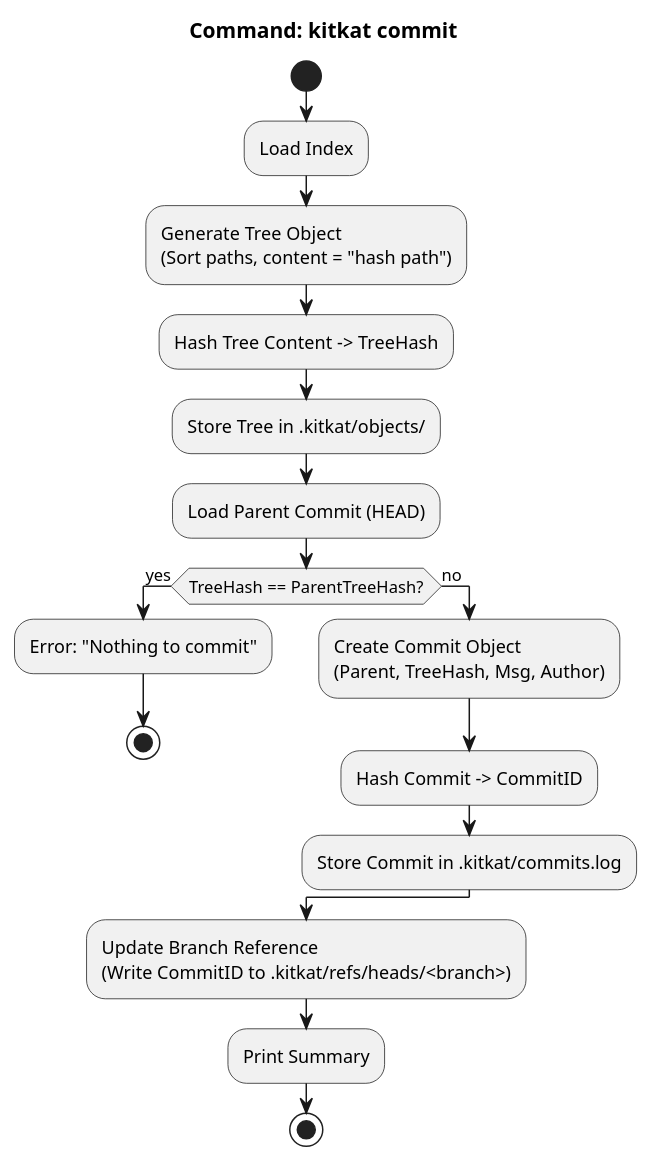
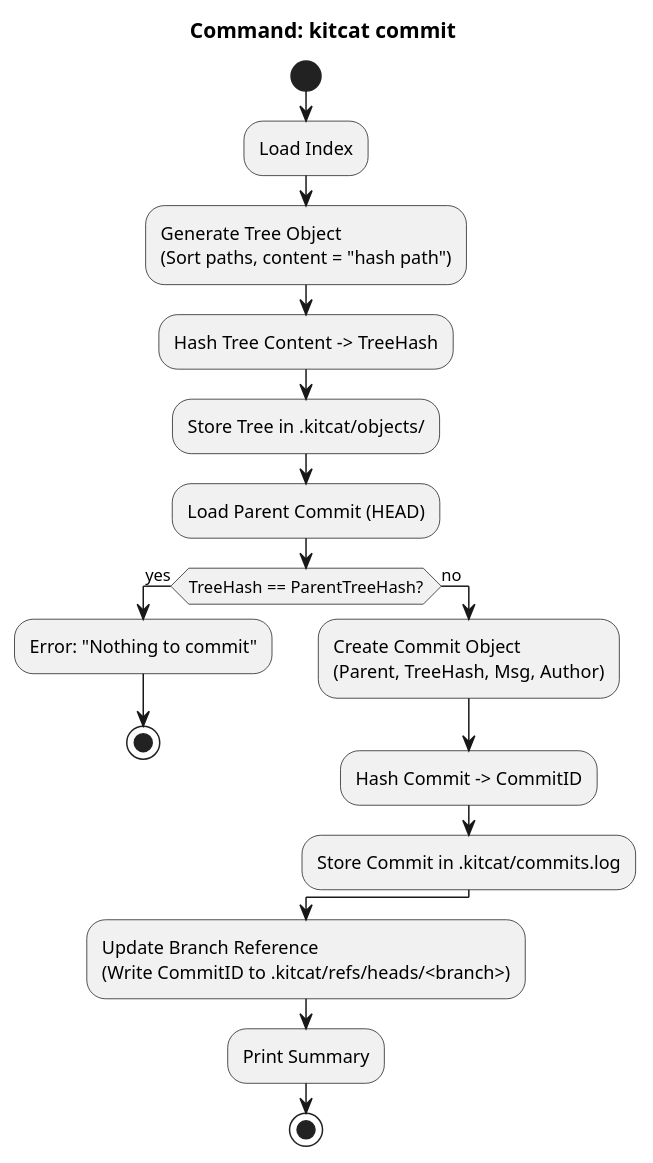
Before and after one commit to LeeFred3042U/kitkat: the third of 3 diagrams in diagram.puml, drawn with PlantUML. The commit also changed other lines of this file and 47 other files, not shown here.

Commit message:
chore: change kitkat to kitcat (#147)

```diff
--- a/diagram.puml
+++ b/diagram.puml
@@ -93,25 +93,25 @@
 @startuml flow-commit
-title Command: kitkat commit
+title Command: kitcat commit
 start
 :Load Index;
 :Generate Tree Object
 (Sort paths, content = "hash path");
 :Hash Tree Content -> TreeHash;
-:Store Tree in .kitkat/objects/;
+:Store Tree in .kitcat/objects/;
 
 :Load Parent Commit (HEAD);
 if (TreeHash == ParentTreeHash?) then (yes)
   :Error: "Nothing to commit";
   stop
 else (no)
   :Create Commit Object
   (Parent, TreeHash, Msg, Author);
   :Hash Commit -> CommitID;
-  :Store Commit in .kitkat/commits.log;
+  :Store Commit in .kitcat/commits.log;
 endif
 
 :Update Branch Reference
-(Write CommitID to .kitkat/refs/heads/<branch>);
+(Write CommitID to .kitcat/refs/heads/<branch>);
 :Print Summary;
 stop
 @enduml
```
